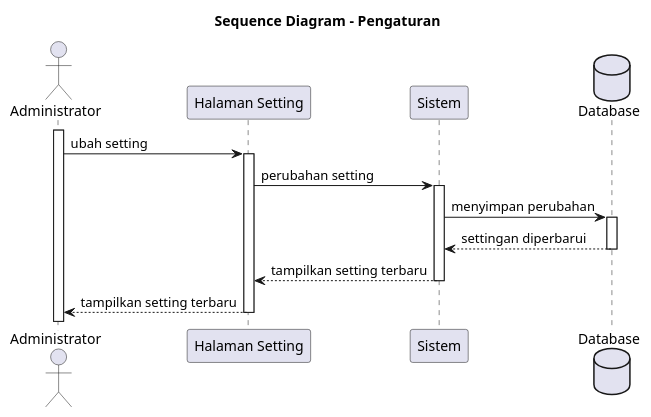
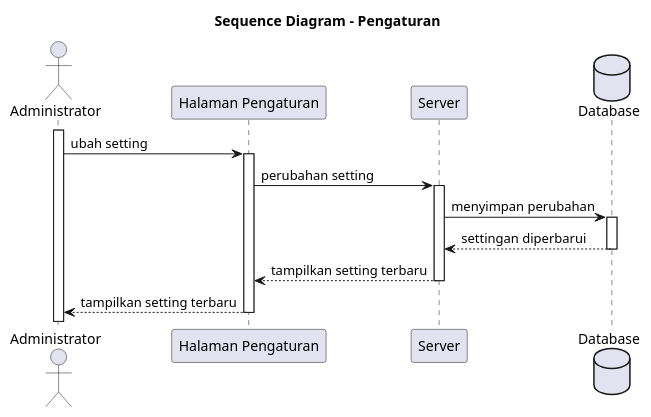
The diagram in docs/sequence/setting.plantuml (juntralala/e-atk), drawn with PlantUML before and after one commit. The commit also changed 38 other files, not shown here.

```diff
--- a/docs/sequence/setting.plantuml
+++ b/docs/sequence/setting.plantuml
@@ -1,18 +1,18 @@
 @startuml setting
 title Sequence Diagram - Pengaturan
 actor Administrator as actor1
-participant "Halaman Setting" as setting
-participant Sistem as sistem
+participant "Halaman Pengaturan" as setting
+participant Server as sistem
 database "Database" as db
 
 activate actor1
 actor1 -> setting: ubah setting
 activate setting
 setting -> sistem: perubahan setting
 activate sistem
 sistem -> db: menyimpan perubahan
 activate db
 return settingan diperbarui
 return tampilkan setting terbaru
 return tampilkan setting terbaru
 @enduml
```
